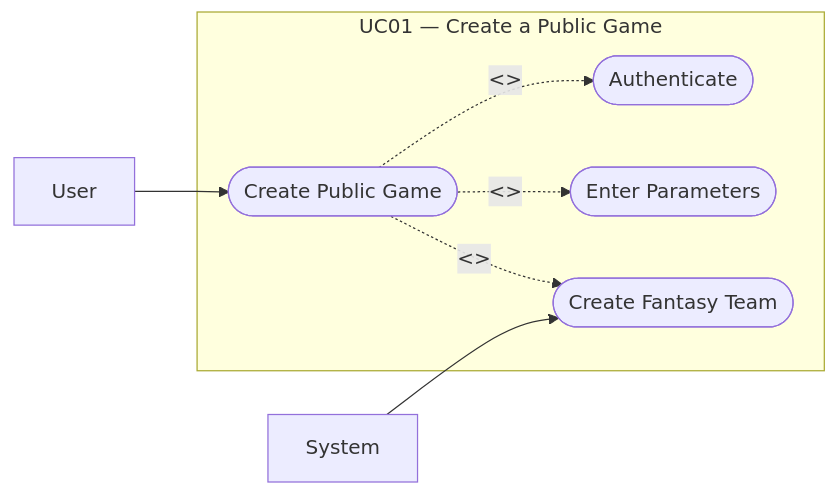
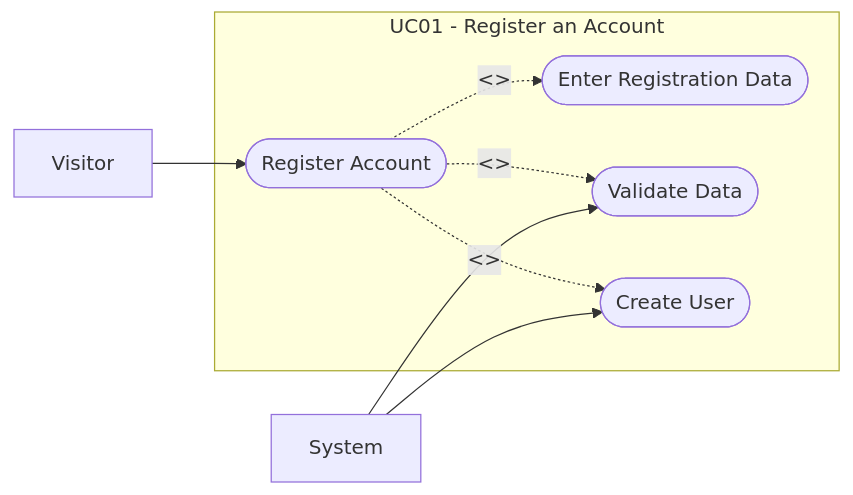
One commit to lschvn/league-of-fantasy changed the diagram in docs/uc/01.md. Above: the diagram before and after it, drawn with Mermaid. The commit also changed other lines of this file and 14 other files, not shown here.

````diff
--- a/docs/uc/01.md
+++ b/docs/uc/01.md
@@ -72,19 +68,20 @@
 ```mermaid
 graph LR
-    User["User"]
+    Visitor["Visitor"]
     System["System"]
 
-    subgraph "UC01 — Create a Public Game"
-        UC01(["Create Public Game"])
-        UC_Auth(["Authenticate"])
-        UC_Params(["Enter Parameters"])
-        UC_CreateTeam(["Create Fantasy Team"])
+    subgraph "UC01 - Register an Account"
+        UC01(["Register Account"])
+        UC_Enter(["Enter Registration Data"])
+        UC_Validate(["Validate Data"])
+        UC_Create(["Create User"])
     end
 
-    User --> UC01
-    UC01 -. "<<include>>" .-> UC_Auth
-    UC01 -. "<<include>>" .-> UC_Params
-    UC01 -. "<<include>>" .-> UC_CreateTeam
+    Visitor --> UC01
+    UC01 -. "<<include>>" .-> UC_Enter
+    UC01 -. "<<include>>" .-> UC_Validate
+    UC01 -. "<<include>>" .-> UC_Create
 
-    System --> UC_CreateTeam
+    System --> UC_Validate
+    System --> UC_Create
 ```
````
